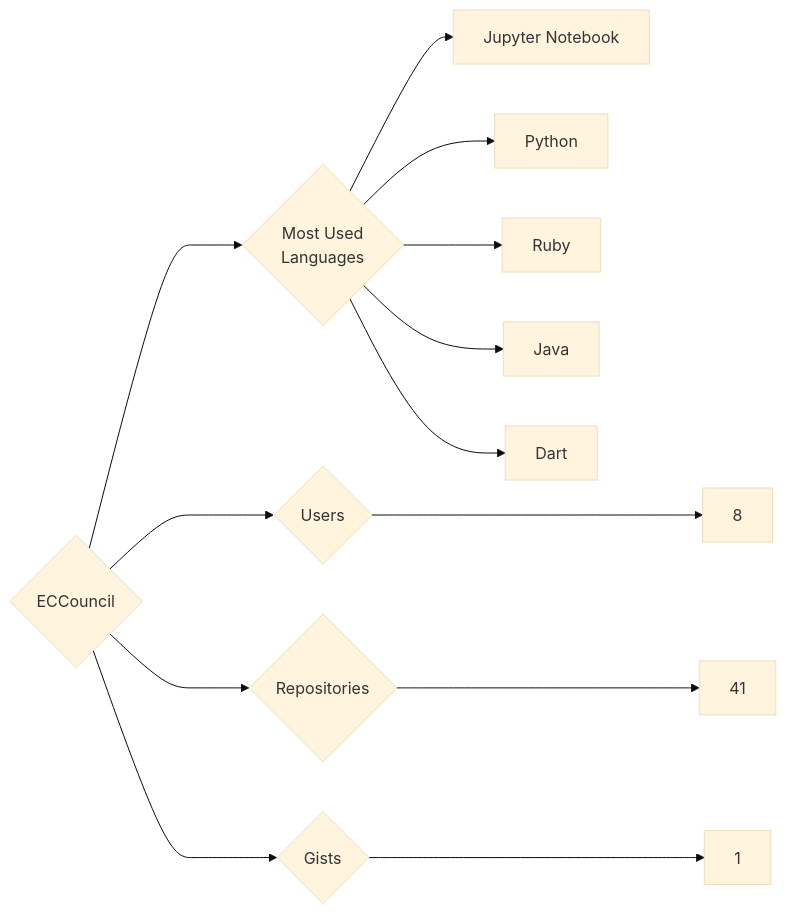
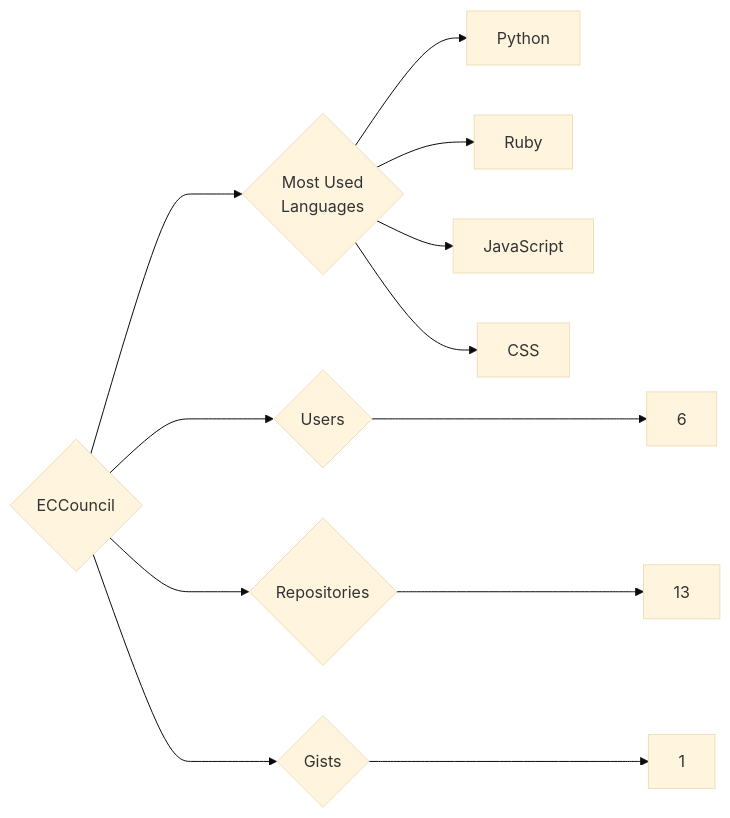
Before and after one commit to trickest/insiders: the diagram in targets/ECCouncil/README.md, drawn with Mermaid (base theme). The commit also changed 1170 other files, not shown here.

````diff
--- a/targets/ECCouncil/README.md
+++ b/targets/ECCouncil/README.md
@@ -3,13 +3,12 @@
 ```mermaid
 graph LR
 COMPANY_NAME{ECCouncil}
-COMPANY_NAME ---> U{Users} ---> UN[8]
-COMPANY_NAME ---> R{Repositories} ---> RN[41]
+COMPANY_NAME ---> U{Users} ---> UN[6]
+COMPANY_NAME ---> R{Repositories} ---> RN[13]
 COMPANY_NAME ---> G{Gists} ---> GN[1]
 COMPANY_NAME ---> ML{Most Used<br>Languages}
-ML --> Jupyter_Notebook[Jupyter Notebook]
 ML --> Python[Python]
 ML --> Ruby[Ruby]
-ML --> Java[Java]
-ML --> Dart[Dart]
+ML --> JavaScript[JavaScript]
+ML --> CSS[CSS]
 ```
````
